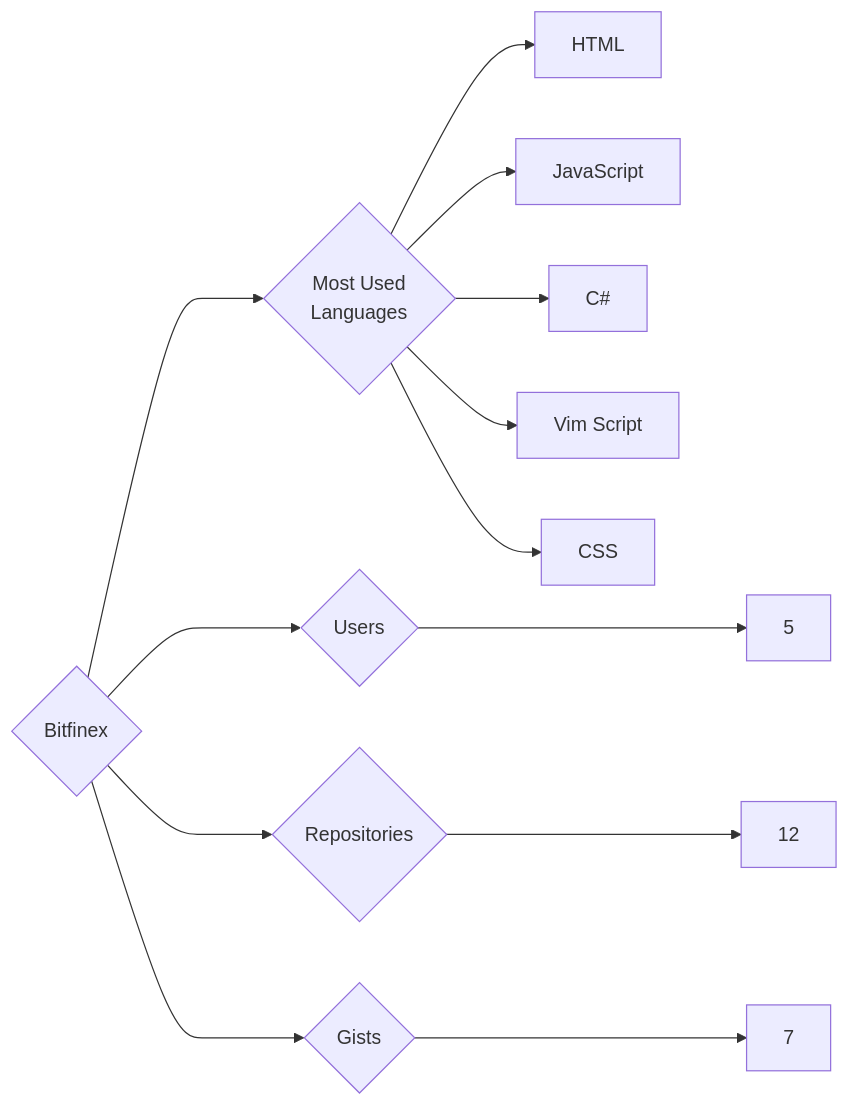
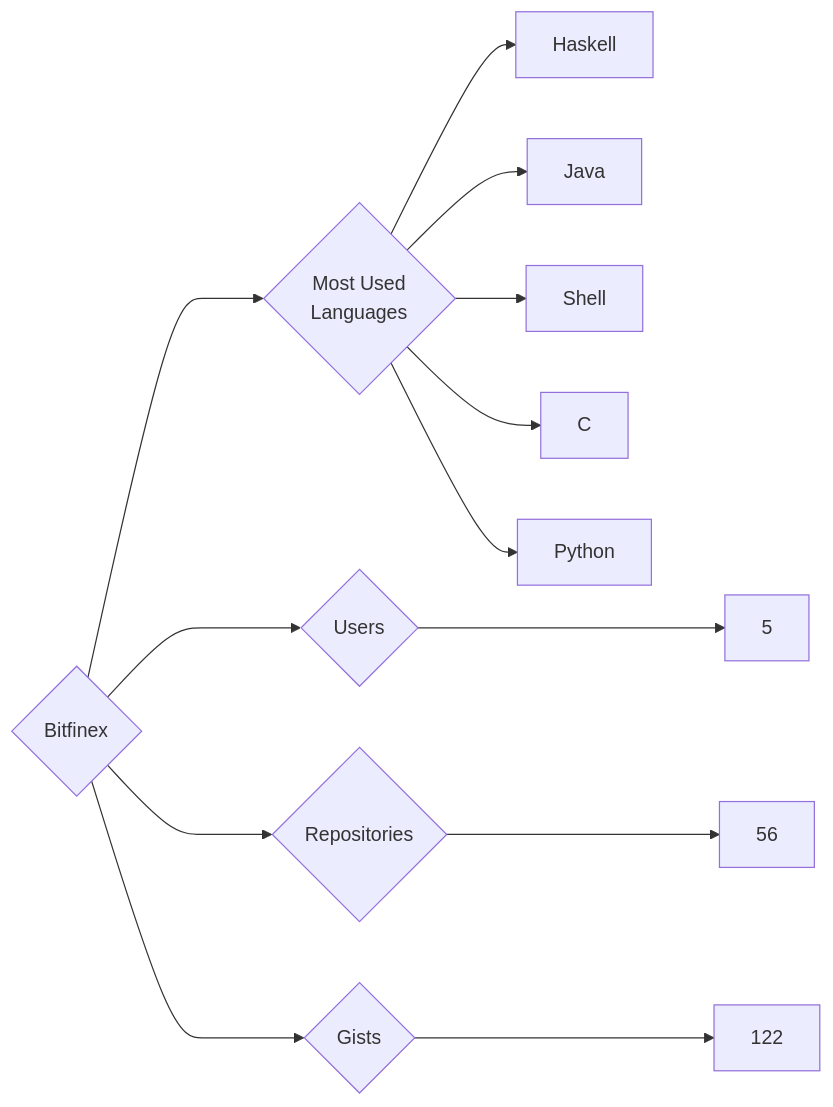
Before and after one commit to trickest/insiders: the diagram in targets/Bitfinex/README.md, drawn with Mermaid. The commit also changed 1023 other files, not shown here.

````diff
--- a/targets/Bitfinex/README.md
+++ b/targets/Bitfinex/README.md
@@ -3,13 +3,13 @@
 ```mermaid
 graph LR
 COMPANY_NAME{Bitfinex}
 COMPANY_NAME ---> U{Users} ---> UN[5]
-COMPANY_NAME ---> R{Repositories} ---> RN[12]
-COMPANY_NAME ---> G{Gists} ---> GN[7]
+COMPANY_NAME ---> R{Repositories} ---> RN[56]
+COMPANY_NAME ---> G{Gists} ---> GN[122]
 COMPANY_NAME ---> ML{Most Used<br>Languages}
-ML --> HTML[HTML]
-ML --> JavaScript[JavaScript]
-ML --> C#[C#]
-ML --> Vim_Script[Vim Script]
-ML --> CSS[CSS]
+ML --> Haskell[Haskell]
+ML --> Java[Java]
+ML --> Shell[Shell]
+ML --> C[C]
+ML --> Python[Python]
 ```
````
